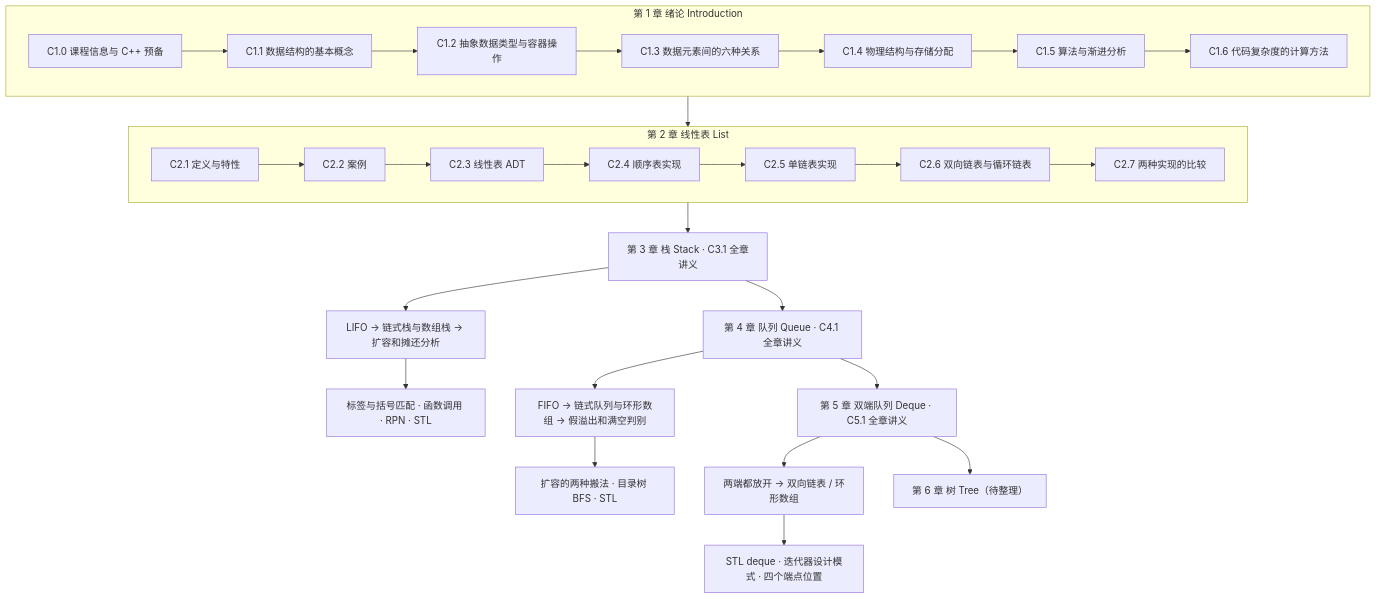
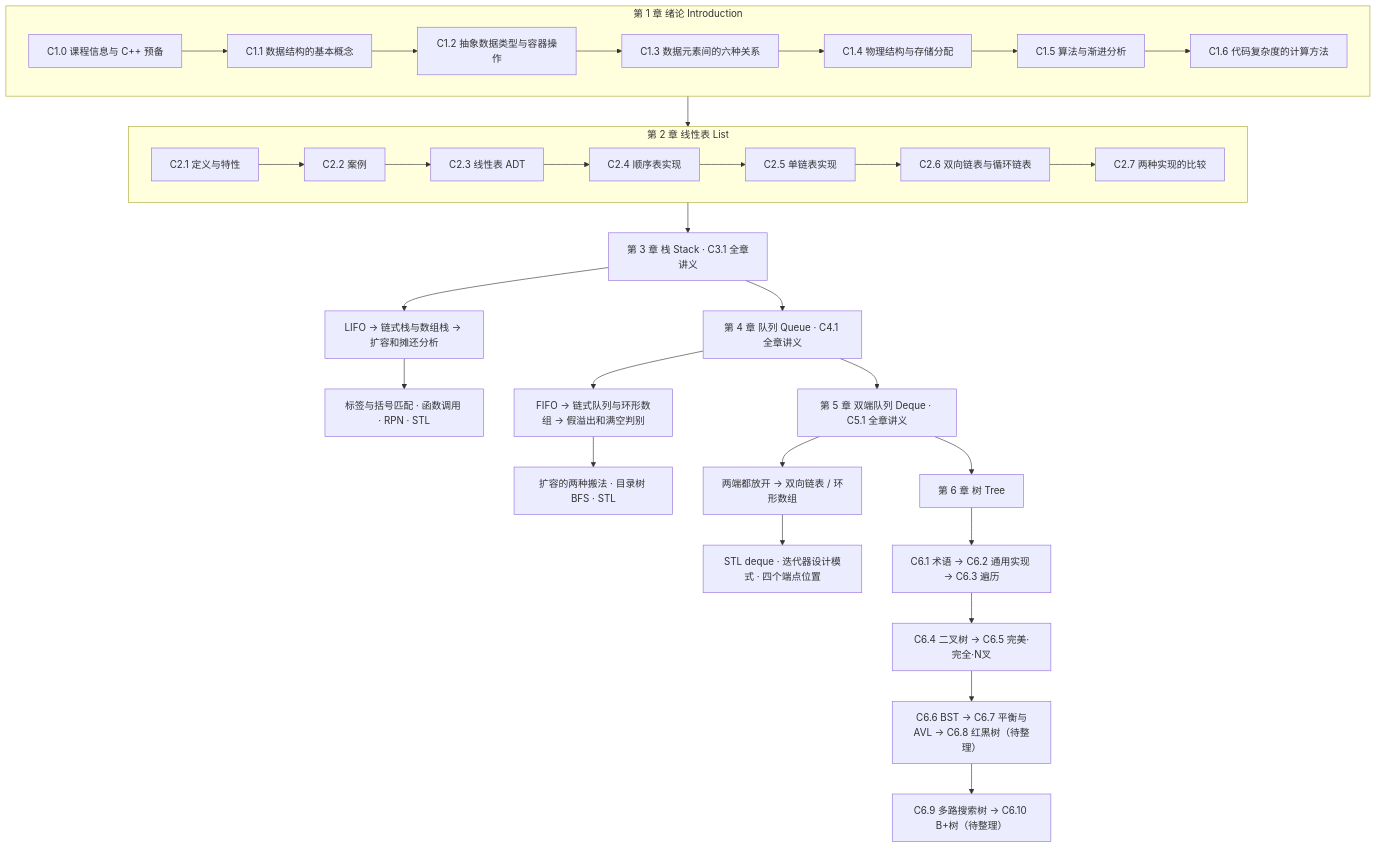
The diagram in 数据结构/数据结构 MOC.md (KayeAdams515/ClaudeNotes), drawn with Mermaid before and after one commit. The commit also changed other lines of this file and 8 other files, not shown here.

````diff
--- a/数据结构/数据结构 MOC.md
+++ b/数据结构/数据结构 MOC.md
@@ -26,34 +26,38 @@
 ```mermaid
 flowchart TB
   subgraph CH1["第 1 章 绪论 Introduction"]
     A0["C1.0 课程信息与 C++ 预备"]
     A1["C1.1 数据结构的基本概念"]
     A2["C1.2 抽象数据类型与容器操作"]
     A3["C1.3 数据元素间的六种关系"]
     A4["C1.4 物理结构与存储分配"]
     A5["C1.5 算法与渐进分析"]
     A6["C1.6 代码复杂度的计算方法"]
     A0-->A1-->A2-->A3-->A4-->A5-->A6
   end
   subgraph CH2["第 2 章 线性表 List"]
     B1["C2.1 定义与特性"]
     B2["C2.2 案例"]
     B3["C2.3 线性表 ADT"]
     B4["C2.4 顺序表实现"]
     B5["C2.5 单链表实现"]
     B6["C2.6 双向链表与循环链表"]
     B7["C2.7 两种实现的比较"]
     B1-->B2-->B3-->B4-->B5-->B6-->B7
   end
   CH1 --> CH2
   CH2 --> CH3["第 3 章 栈 Stack · C3.1 全章讲义"]
   CH3 --> S1["LIFO → 链式栈与数组栈 → 扩容和摊还分析"]
   S1 --> S2["标签与括号匹配 · 函数调用 · RPN · STL"]
   CH3 --> CH4["第 4 章 队列 Queue · C4.1 全章讲义"]
   CH4 --> Q1["FIFO → 链式队列与环形数组 → 假溢出和满空判别"]
   Q1 --> Q2["扩容的两种搬法 · 目录树 BFS · STL"]
   CH4 --> CH5["第 5 章 双端队列 Deque · C5.1 全章讲义"]
   CH5 --> D1["两端都放开 → 双向链表 / 环形数组"]
   D1 --> D2["STL deque · 迭代器设计模式 · 四个端点位置"]
-  CH5 --> CH6["第 6 章 树 Tree（待整理）"]
+  CH5 --> CH6["第 6 章 树 Tree"]
+  CH6 --> T1["C6.1 术语 → C6.2 通用实现 → C6.3 遍历"]
+  T1 --> T2["C6.4 二叉树 → C6.5 完美·完全·N叉"]
+  T2 --> T3["C6.6 BST → C6.7 平衡与AVL → C6.8 红黑树（待整理）"]
+  T3 --> T4["C6.9 多路搜索树 → C6.10 B+树（待整理）"]
 ```
````
